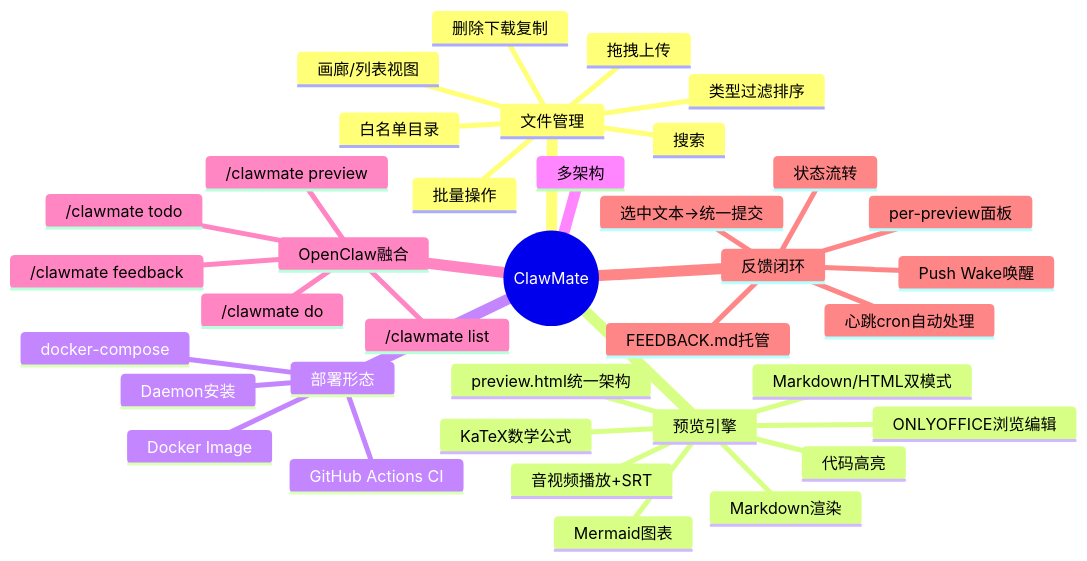
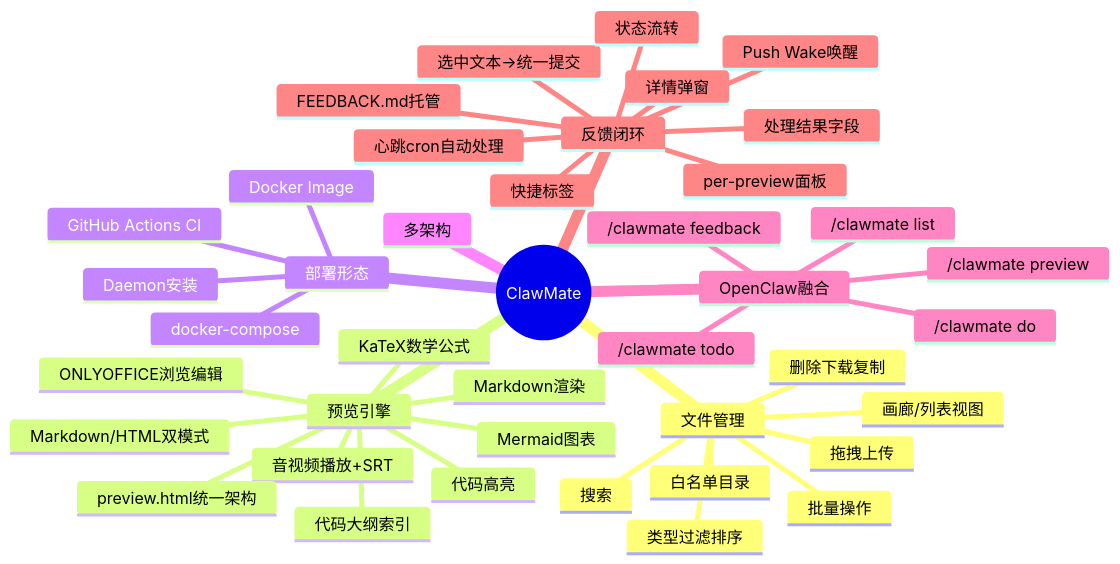
Before and after one commit to updatedb/clawmate: the first of 3 diagrams in prd/PRD.md, drawn with Mermaid. The commit also changed other lines of this file and 70 other files, not shown here.

````diff
--- a/prd/PRD.md
+++ b/prd/PRD.md
@@ -34,40 +34,44 @@
 ```mermaid
 mindmap
   root((ClawMate))
     文件管理
       白名单目录
       画廊/列表视图
       类型过滤排序
       搜索
       批量操作
       删除下载复制
       拖拽上传
     预览引擎
       Markdown渲染
       Mermaid图表
       KaTeX数学公式
       代码高亮
       ONLYOFFICE浏览编辑
       音视频播放+SRT
       Markdown/HTML双模式
       preview.html统一架构
+      代码大纲索引
     部署形态
       Docker Image
       Daemon安装
       docker-compose
       GitHub Actions CI
     多架构
     OpenClaw融合
       /clawmate preview
       /clawmate list
       /clawmate todo
       /clawmate do
       /clawmate feedback
     反馈闭环
       选中文本→统一提交
       FEEDBACK.md托管
       Push Wake唤醒
       状态流转
       per-preview面板
       心跳cron自动处理
+      处理结果字段
+      详情弹窗
+      快捷标签
 ```
````
